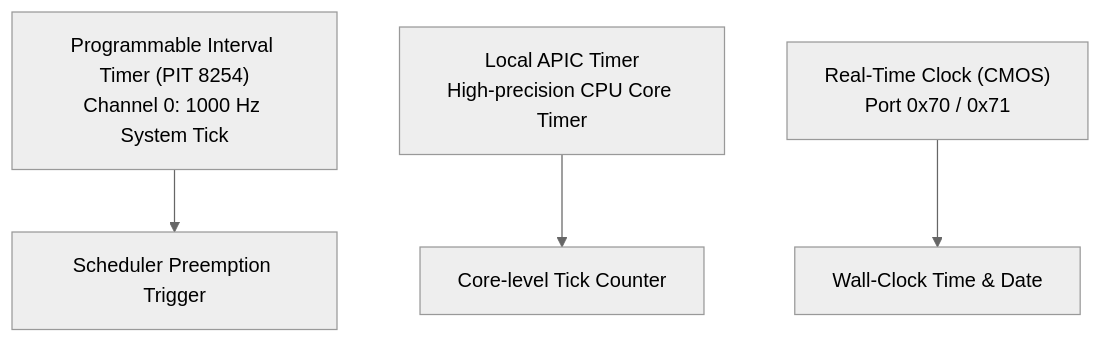
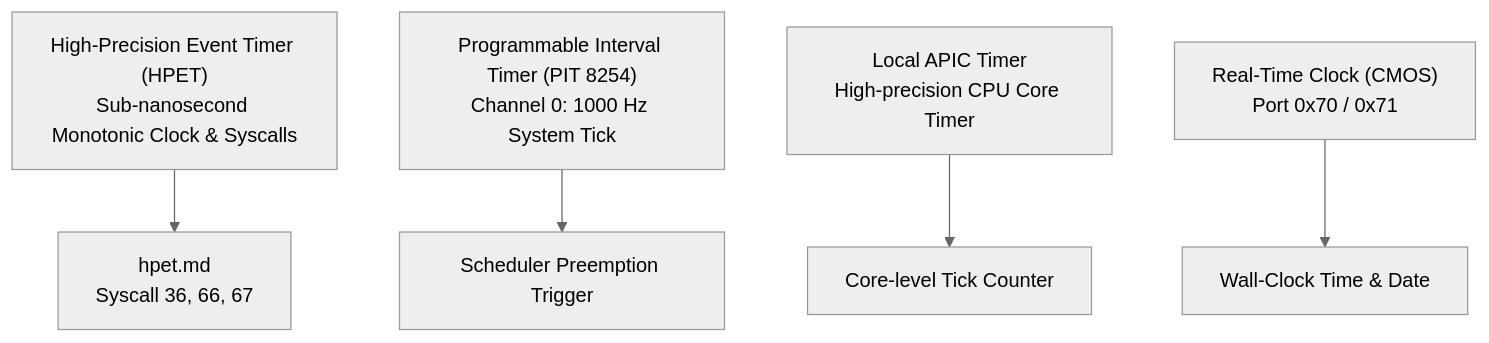
One commit to mrvlous/keira changed the first of 2 diagrams in docs/kernel/apic_timers.md. Above: the diagram before and after it, drawn with Mermaid (neutral theme). The commit also changed other lines of this file and 12 other files, not shown here.

Commit message:
feat(arch): implement bare-metal HPET driver and sub-nanosecond clock engine

````diff
--- a/docs/kernel/apic_timers.md
+++ b/docs/kernel/apic_timers.md
@@ -13,6 +13,7 @@
 ```mermaid
 graph TD
+    HPET["High-Precision Event Timer (HPET)<br/>Sub-nanosecond Monotonic Clock & Syscalls"] --> HpetDoc["hpet.md<br/>Syscall 36, 66, 67"]
     PIT["Programmable Interval Timer (PIT 8254)<br/>Channel 0: 1000 Hz System Tick"] --> Sched["Scheduler Preemption Trigger"]
     APIC["Local APIC Timer<br/>High-precision CPU Core Timer"] --> Calib["Core-level Tick Counter"]
     RTC["Real-Time Clock (CMOS)<br/>Port 0x70 / 0x71"] --> Time["Wall-Clock Time & Date"]
 ```
````
